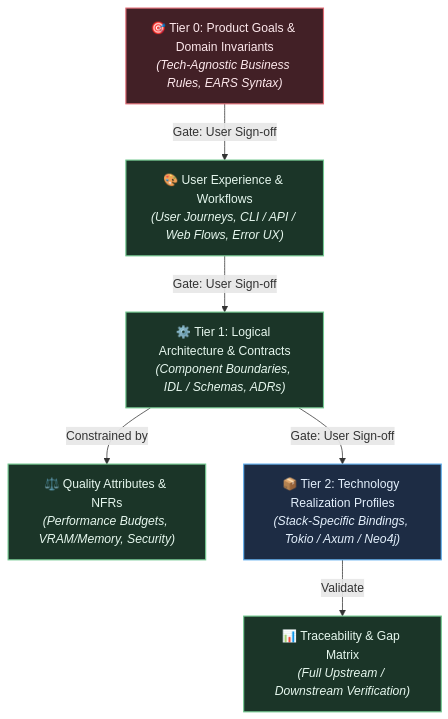
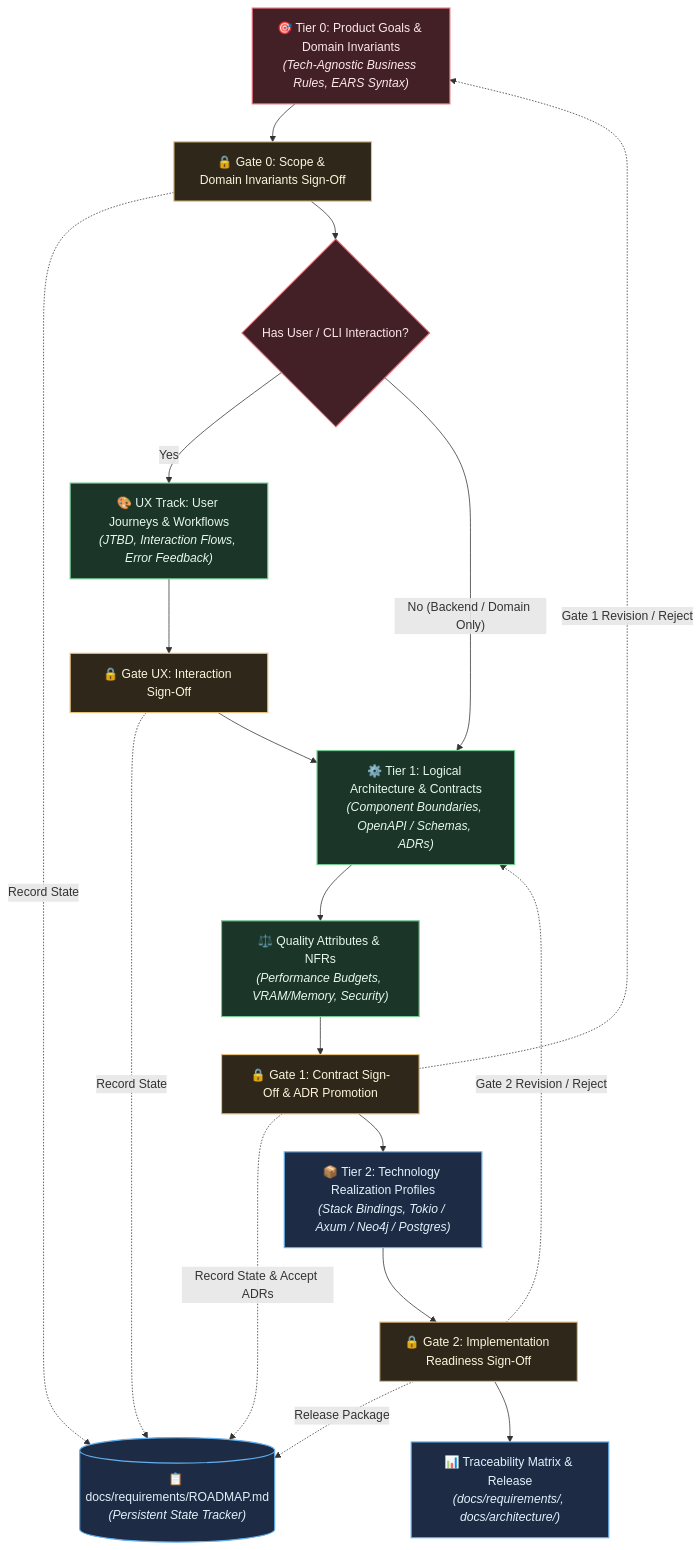
The diagram in .agents/agents/spec-orchestrator.md (Shapedsundew9/rust-python-template), drawn with Mermaid before and after one commit. The commit also changed other lines of this file and 54 other files, not shown here.

````diff
--- a/.agents/agents/spec-orchestrator.md
+++ b/.agents/agents/spec-orchestrator.md
@@ -32,42 +34,66 @@
 ```mermaid
 %%{init: {
   'theme': 'base',
   'themeVariables': {
     'darkMode': true,
     'background': '#161922',
     'mainBkg': '#1e2230',
     'nodeBorder': '#434c5e',
     'textColor': '#e2e8f0',
     'fontFamily': 'ui-sans-serif, system-ui, -apple-system, BlinkMacSystemFont, "Segoe UI", Roboto, sans-serif',
     'fontSize': '14px',
     'lineColor': '#8892b0',
     'primaryColor': '#422026',
     'primaryTextColor': '#fde8ec',
     'primaryBorderColor': '#e06c75',
     'secondaryColor': '#1b3528',
     'secondaryTextColor': '#e6f7ee',
     'secondaryBorderColor': '#73c991',
     'tertiaryColor': '#1d2c44',
     'tertiaryTextColor': '#e4f0fc',
     'tertiaryBorderColor': '#61afef',
+    'noteBkgColor': '#2e271a',
+    'noteTextColor': '#fdf4db',
+    'noteBorderColor': '#e5c07b',
     'edgeLabelBackground': '#1a1d27'
   }
 }}%%
 flowchart TD
     classDef primary fill:#422026,stroke:#e06c75,stroke-width:1.5px,color:#fde8ec;
     classDef secondary fill:#1b3528,stroke:#73c991,stroke-width:1.5px,color:#e6f7ee;
     classDef tertiary fill:#1d2c44,stroke:#61afef,stroke-width:1.5px,color:#e4f0fc;
+    classDef note fill:#2e271a,stroke:#e5c07b,stroke-width:1.5px,color:#fdf4db;
+
+    ROADMAP[("📋 docs/requirements/ROADMAP.md<br/><i>(Persistent State Tracker)</i>")]:::tertiary
 
     T0["🎯 Tier 0: Product Goals & Domain Invariants<br/><i>(Tech-Agnostic Business Rules, EARS Syntax)</i>"]:::primary
-    UX["🎨 User Experience & Workflows<br/><i>(User Journeys, CLI / API / Web Flows, Error UX)</i>"]:::secondary
-    T1["⚙️ Tier 1: Logical Architecture & Contracts<br/><i>(Component Boundaries, IDL / Schemas, ADRs)</i>"]:::secondary
+    G0["🔒 Gate 0: Scope & Domain Invariants Sign-Off"]:::note
+    UX_DECISION{"Has User / CLI Interaction?"}:::primary
+    UX["🎨 UX Track: User Journeys & Workflows<br/><i>(JTBD, Interaction Flows, Error Feedback)</i>"]:::secondary
+    GUX["🔒 Gate UX: Interaction Sign-Off"]:::note
+    T1["⚙️ Tier 1: Logical Architecture & Contracts<br/><i>(Component Boundaries, OpenAPI / Schemas, ADRs)</i>"]:::secondary
     NFR["⚖️ Quality Attributes & NFRs<br/><i>(Performance Budgets, VRAM/Memory, Security)</i>"]:::secondary
-    T2["📦 Tier 2: Technology Realization Profiles<br/><i>(Stack-Specific Bindings, Tokio / Axum / Neo4j)</i>"]:::tertiary
-    TRACE["📊 Traceability & Gap Matrix<br/><i>(Full Upstream / Downstream Verification)</i>"]:::secondary
+    G1["🔒 Gate 1: Contract Sign-Off & ADR Promotion"]:::note
+    T2["📦 Tier 2: Technology Realization Profiles<br/><i>(Stack Bindings, Tokio / Axum / Neo4j / Postgres)</i>"]:::tertiary
+    G2["🔒 Gate 2: Implementation Readiness Sign-Off"]:::note
+    TRACE["📊 Traceability Matrix & Release<br/><i>(docs/requirements/, docs/architecture/)</i>"]:::tertiary
 
-    T0 -->|"Gate: User Sign-off"| UX
-    UX -->|"Gate: User Sign-off"| T1
-    T1 -->|"Constrained by"| NFR
-    T1 -->|"Gate: User Sign-off"| T2
-    T2 -->|"Validate"| TRACE
+    T0 --> G0
+    G0 -.->|"Record State"| ROADMAP
+    G0 --> UX_DECISION
+    UX_DECISION -->|"Yes"| UX
+    UX_DECISION -->|"No (Backend / Domain Only)"| T1
+    UX --> GUX
+    GUX -.->|"Record State"| ROADMAP
+    GUX --> T1
+    T1 --> NFR
+    NFR --> G1
+    G1 -.->|"Record State & Accept ADRs"| ROADMAP
+    G1 --> T2
+    T2 --> G2
+    G2 -.->|"Release Package"| ROADMAP
+    G2 --> TRACE
+
+    G1 -.->|"Gate 1 Revision / Reject"| T0
+    G2 -.->|"Gate 2 Revision / Reject"| T1
 ```
````
